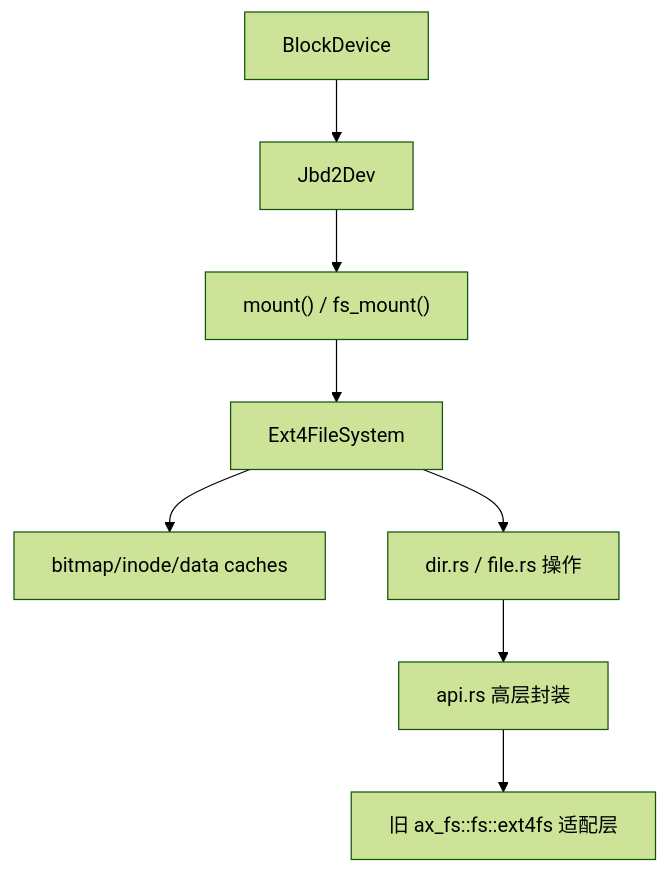
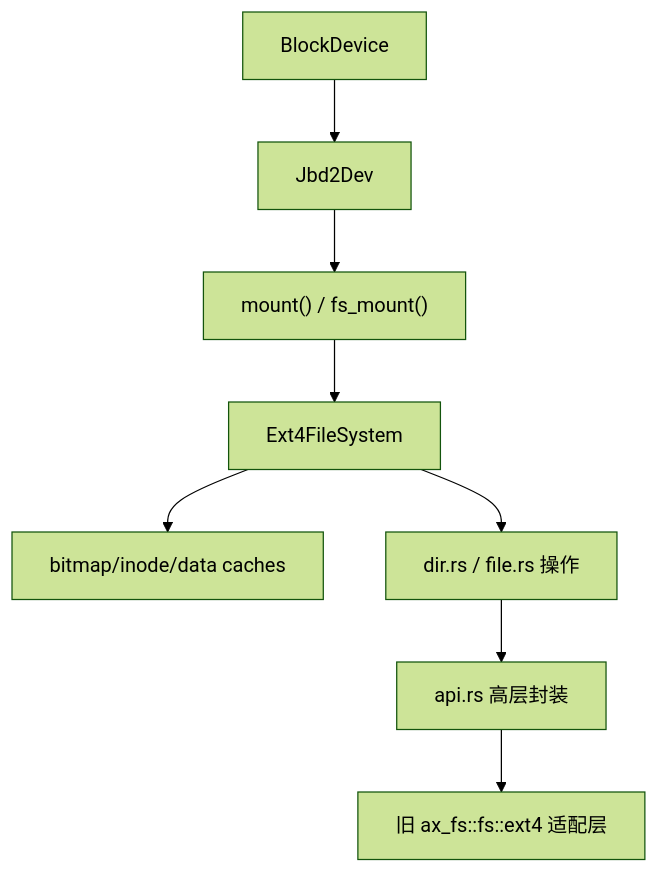
Before and after one commit to rcore-os/tgoskits: the first of 2 diagrams in docs/docs/components/crates/rsext4.md, drawn with Mermaid (forest theme). The commit also changed other lines of this file and 189 other files, not shown here.

````diff
--- a/docs/docs/components/crates/rsext4.md
+++ b/docs/docs/components/crates/rsext4.md
@@ -31,10 +31,10 @@
 ```mermaid
 flowchart TD
     A["BlockDevice"] --> B["Jbd2Dev"]
     B --> C["mount() / fs_mount()"]
     C --> D["Ext4FileSystem"]
     D --> E["bitmap/inode/data caches"]
     D --> F["dir.rs / file.rs 操作"]
     F --> G["api.rs 高层封装"]
-    G --> H["旧 ax_fs::fs::ext4fs 适配层"]
+    G --> H["旧 ax_fs::fs::ext4 适配层"]
 ```
````
